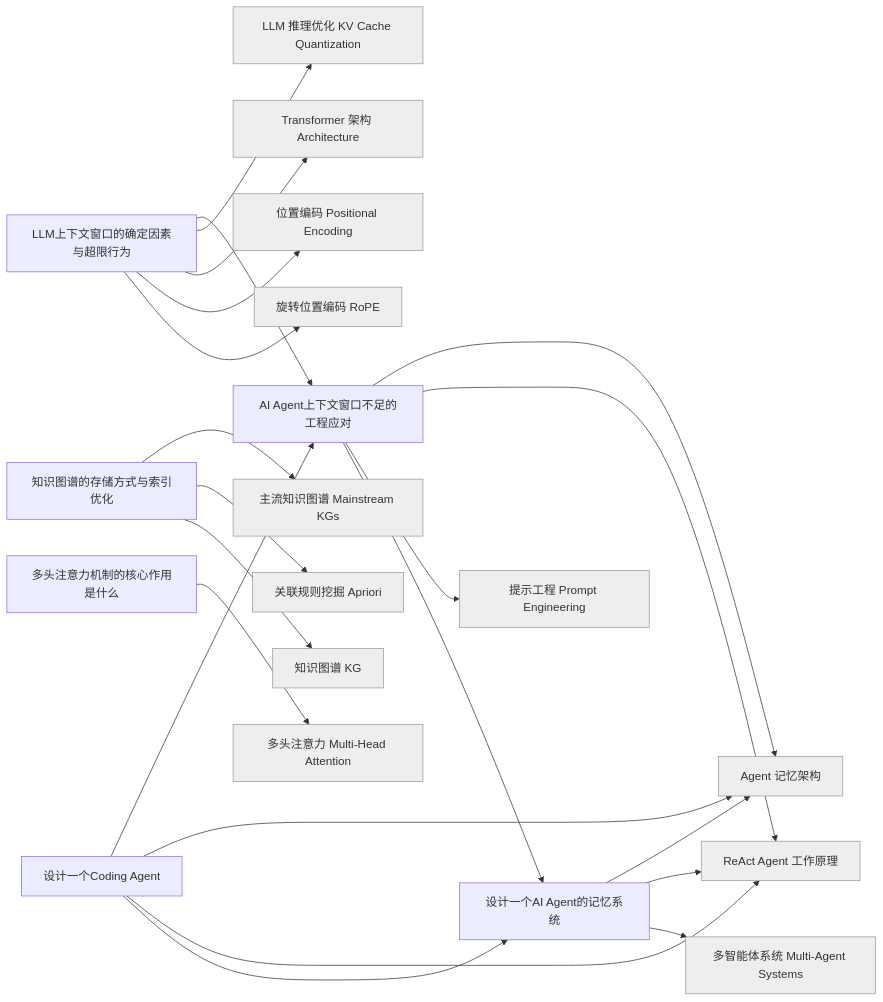
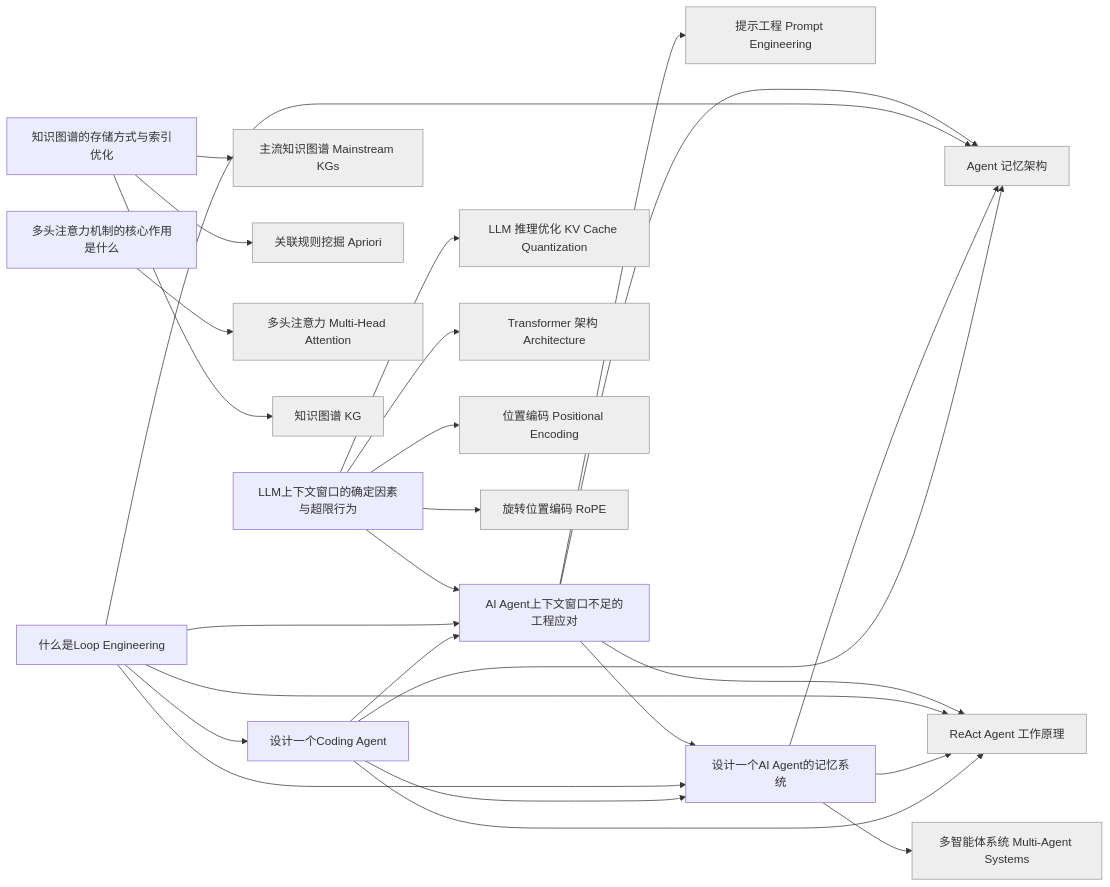
Before and after one commit to codingfeng-fufu/radar-loom: the diagram in interview-graph.md, drawn with Mermaid. The commit also changed other lines of this file and 4 other files, not shown here.

First line of the commit message:
radar: 新增面试页《什么是Loop Engineering》

````diff
--- a/interview-graph.md
+++ b/interview-graph.md
@@ -5,42 +5,48 @@
 ```mermaid
 graph LR
     AI_Agent上下文窗口不足的工程应对["AI Agent上下文窗口不足的工程应对"]
     Agent_记忆架构["Agent 记忆架构"]:::ext
     LLM_推理优化_KV_Cache_Quantization["LLM 推理优化 KV Cache Quantization"]:::ext
     LLM上下文窗口的确定因素与超限行为["LLM上下文窗口的确定因素与超限行为"]
     ReAct_Agent_工作原理["ReAct Agent 工作原理"]:::ext
     Transformer_架构_Architecture["Transformer 架构 Architecture"]:::ext
     主流知识图谱_Mainstream_KGs["主流知识图谱 Mainstream KGs"]:::ext
+    什么是Loop_Engineering["什么是Loop Engineering"]
     位置编码_Positional_Encoding["位置编码 Positional Encoding"]:::ext
     关联规则挖掘_Apriori["关联规则挖掘 Apriori"]:::ext
     多头注意力_Multi_Head_Attention["多头注意力 Multi-Head Attention"]:::ext
     多头注意力机制的核心作用是什么["多头注意力机制的核心作用是什么"]
     多智能体系统_Multi_Agent_Systems["多智能体系统 Multi-Agent Systems"]:::ext
     提示工程_Prompt_Engineering["提示工程 Prompt Engineering"]:::ext
     旋转位置编码_RoPE["旋转位置编码 RoPE"]:::ext
     知识图谱_KG["知识图谱 KG"]:::ext
     知识图谱的存储方式与索引优化["知识图谱的存储方式与索引优化"]
     设计一个AI_Agent的记忆系统["设计一个AI Agent的记忆系统"]
     设计一个Coding_Agent["设计一个Coding Agent"]
     AI_Agent上下文窗口不足的工程应对 --> Agent_记忆架构
     AI_Agent上下文窗口不足的工程应对 --> ReAct_Agent_工作原理
     AI_Agent上下文窗口不足的工程应对 --> 提示工程_Prompt_Engineering
     AI_Agent上下文窗口不足的工程应对 --> 设计一个AI_Agent的记忆系统
     LLM上下文窗口的确定因素与超限行为 --> AI_Agent上下文窗口不足的工程应对
     LLM上下文窗口的确定因素与超限行为 --> LLM_推理优化_KV_Cache_Quantization
     LLM上下文窗口的确定因素与超限行为 --> Transformer_架构_Architecture
     LLM上下文窗口的确定因素与超限行为 --> 位置编码_Positional_Encoding
     LLM上下文窗口的确定因素与超限行为 --> 旋转位置编码_RoPE
+    什么是Loop_Engineering --> AI_Agent上下文窗口不足的工程应对
+    什么是Loop_Engineering --> Agent_记忆架构
+    什么是Loop_Engineering --> ReAct_Agent_工作原理
+    什么是Loop_Engineering --> 设计一个AI_Agent的记忆系统
+    什么是Loop_Engineering --> 设计一个Coding_Agent
     多头注意力机制的核心作用是什么 --> 多头注意力_Multi_Head_Attention
     知识图谱的存储方式与索引优化 --> 主流知识图谱_Mainstream_KGs
     知识图谱的存储方式与索引优化 --> 关联规则挖掘_Apriori
     知识图谱的存储方式与索引优化 --> 知识图谱_KG
     设计一个AI_Agent的记忆系统 --> Agent_记忆架构
     设计一个AI_Agent的记忆系统 --> ReAct_Agent_工作原理
     设计一个AI_Agent的记忆系统 --> 多智能体系统_Multi_Agent_Systems
     设计一个Coding_Agent --> AI_Agent上下文窗口不足的工程应对
     设计一个Coding_Agent --> Agent_记忆架构
     设计一个Coding_Agent --> ReAct_Agent_工作原理
     设计一个Coding_Agent --> 设计一个AI_Agent的记忆系统
     classDef ext fill:#eee,stroke:#999;
 ```
````
